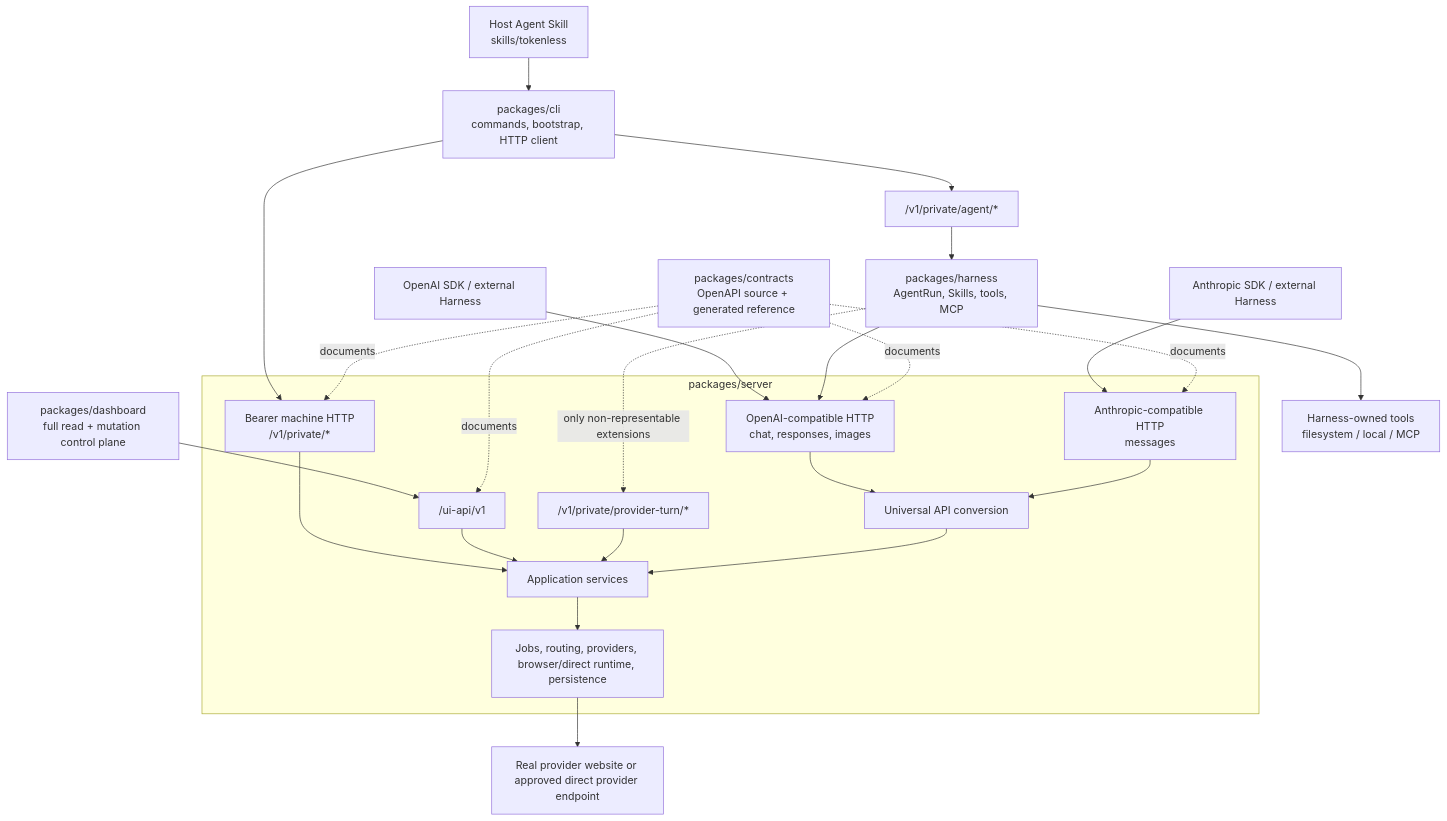
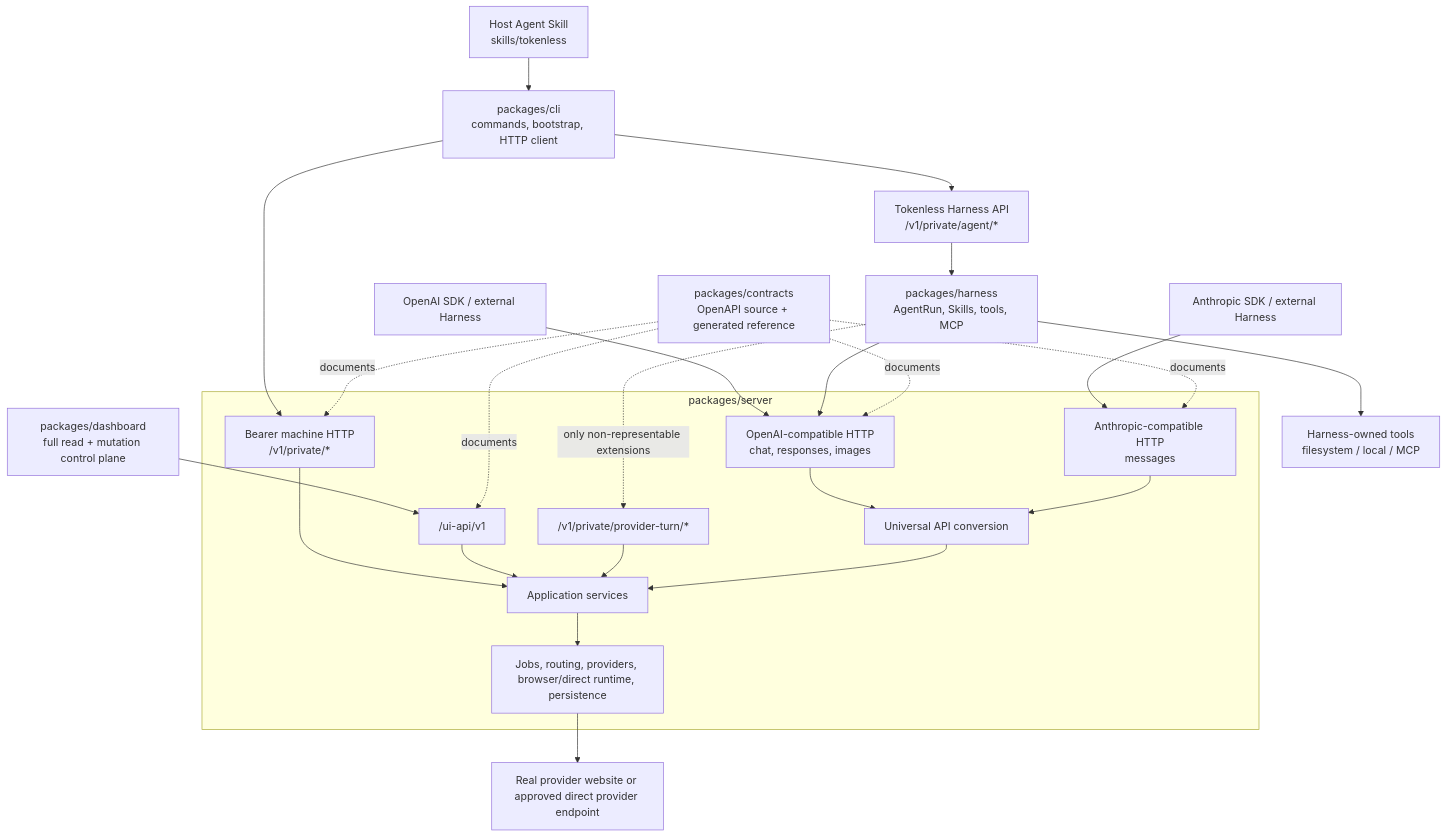
One commit to jazelly/tokenless changed the diagram in docs/architecture.md. Above: the diagram before and after it, drawn with Mermaid. The commit also changed other lines of this file and 6 other files, not shown here.

Commit message:
docs: clarify Tokenless Harness API terminology

````diff
--- a/docs/architecture.md
+++ b/docs/architecture.md
@@ -11,33 +11,33 @@
 ```mermaid
 flowchart TB
   Skill["Host Agent Skill<br/>skills/tokenless"] --> CLI
-  CLI["packages/cli<br/>commands, bootstrap, HTTP client"] --> AgentAPI["/v1/private/agent/*"]
+  CLI["packages/cli<br/>commands, bootstrap, HTTP client"] --> AgentAPI["Tokenless Harness API<br/>/v1/private/agent/*"]
   CLI --> Control["Bearer machine HTTP<br/>/v1/private/*"]
   Dashboard["packages/dashboard<br/>full read + mutation control plane"] --> UIAPI["/ui-api/v1"]
   OpenAIClient["OpenAI SDK / external Harness"] --> API["OpenAI-compatible HTTP<br/>chat, responses, images"]
   AnthropicClient["Anthropic SDK / external Harness"] --> Anthropic["Anthropic-compatible HTTP<br/>messages"]
   AgentAPI --> Harness["packages/harness<br/>AgentRun, Skills, tools, MCP"]
   Harness --> API
   Harness -. "only non-representable extensions" .-> PrivateTurn["/v1/private/provider-turn/*"]
 
   subgraph Server["packages/server"]
     Control --> Application["Application services"]
     UIAPI --> Application
     API --> Universal["Universal API conversion"]
     Anthropic --> Universal
     PrivateTurn --> Application
     Universal --> Application
     Application --> Provider["Jobs, routing, providers, browser/direct runtime, persistence"]
   end
 
   Browser["Real provider website or approved direct provider endpoint"]
   Tools["Harness-owned tools<br/>filesystem / local / MCP"]
 
   Harness --> Tools
   Provider --> Browser
 
   Contracts["packages/contracts<br/>OpenAPI source + generated reference"] -. "documents" .-> API
   Contracts -. "documents" .-> Anthropic
   Contracts -. "documents" .-> Control
   Contracts -. "documents" .-> UIAPI
 ```
````
